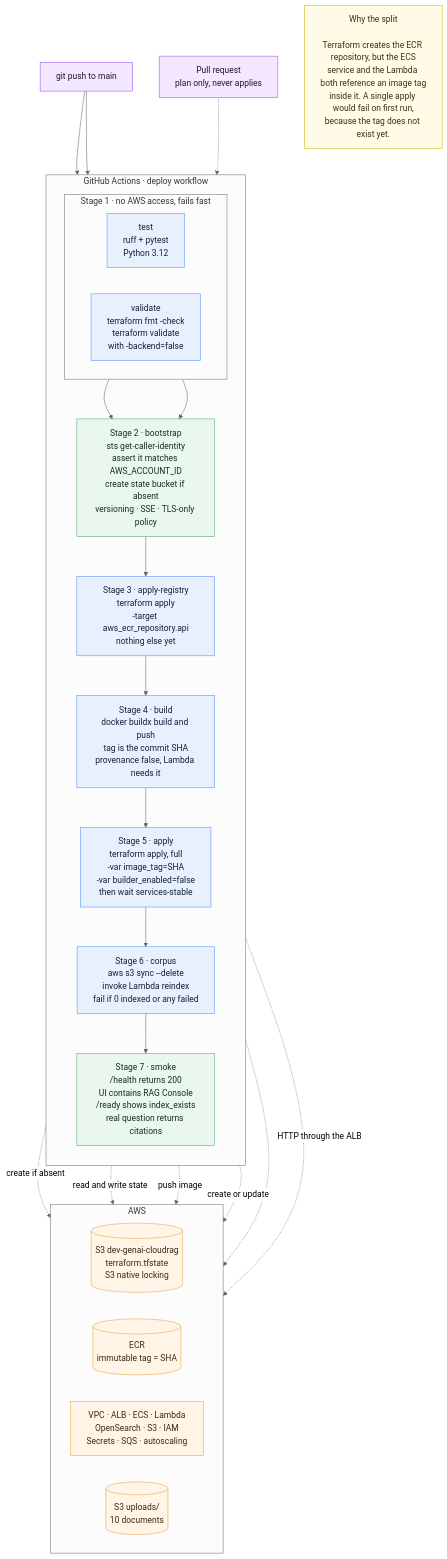
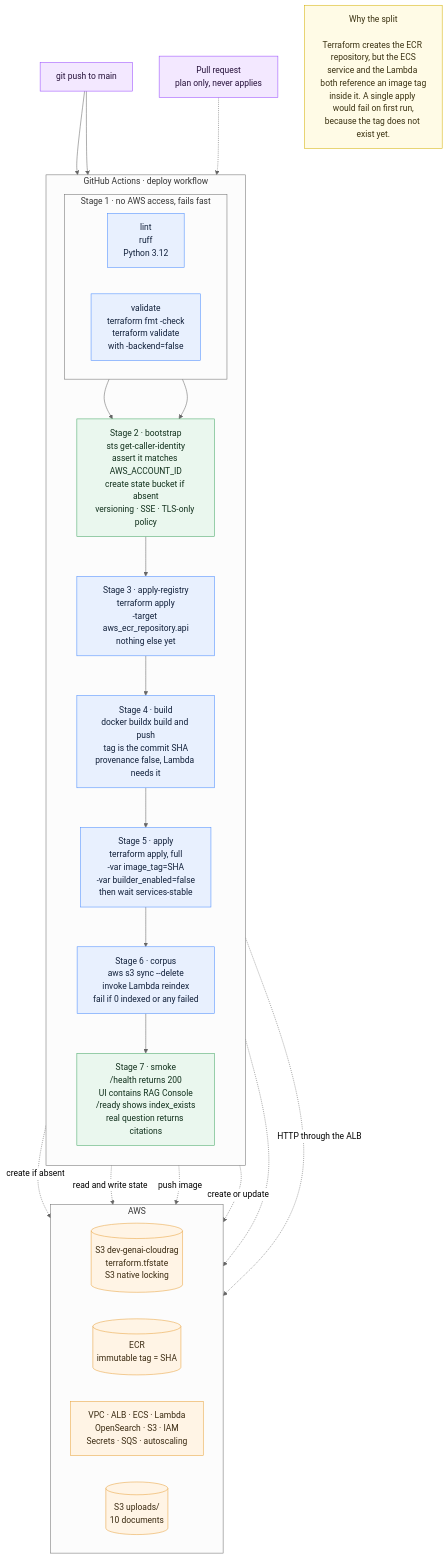
The diagram in docs/diagrams/05-deployment-pipeline.mmd (vardhan1228/rag-devops-project), drawn with Mermaid (neutral theme) before and after one commit. The commit also changed 8 other files, not shown here.

```diff
--- a/docs/diagrams/05-deployment-pipeline.mmd
+++ b/docs/diagrams/05-deployment-pipeline.mmd
@@ -1,64 +1,64 @@
 %% CI/CD pipeline. The apply is split because Terraform owns the registry,
 %% but ECS and Lambda cannot start until an image exists inside it.
 flowchart TB
   dev["git push to main"]
   prq["Pull request<br/>plan only, never applies"]
 
   subgraph gha["GitHub Actions · deploy workflow"]
     direction TB
 
     subgraph q["Stage 1 · no AWS access, fails fast"]
       direction LR
-      test["test<br/>ruff + pytest<br/>Python 3.12"]
+      test["lint<br/>ruff<br/>Python 3.12"]
       val["validate<br/>terraform fmt -check<br/>terraform validate<br/>with -backend=false"]
     end
 
     boot["Stage 2 · bootstrap<br/>sts get-caller-identity<br/>assert it matches AWS_ACCOUNT_ID<br/>create state bucket if absent<br/>versioning · SSE · TLS-only policy"]
 
     reg["Stage 3 · apply-registry<br/>terraform apply<br/>-target aws_ecr_repository.api<br/>nothing else yet"]
 
     build["Stage 4 · build<br/>docker buildx build and push<br/>tag is the commit SHA<br/>provenance false, Lambda needs it"]
 
     app["Stage 5 · apply<br/>terraform apply, full<br/>-var image_tag=SHA<br/>-var builder_enabled=false<br/>then wait services-stable"]
 
     data["Stage 6 · corpus<br/>aws s3 sync --delete<br/>invoke Lambda reindex<br/>fail if 0 indexed or any failed"]
 
     smoke["Stage 7 · smoke<br/>/health returns 200<br/>UI contains RAG Console<br/>/ready shows index_exists<br/>real question returns citations"]
 
     test --> boot
     val --> boot
     boot --> reg --> build --> app --> data --> smoke
   end
 
   subgraph awsres["AWS"]
     direction LR
     tfstate[("S3 dev-genai-cloudrag<br/>terraform.tfstate<br/>S3 native locking")]
     ecr[("ECR<br/>immutable tag = SHA")]
     stack["VPC · ALB · ECS · Lambda<br/>OpenSearch · S3 · IAM<br/>Secrets · SQS · autoscaling"]
     corpus[("S3 uploads/<br/>10 documents")]
   end
 
   dev --> test
   dev --> val
   prq -.-> boot
 
   boot -.->|"create if absent"| tfstate
   app -.->|"read and write state"| tfstate
   build -.->|"push image"| ecr
   app -.->|"create or update"| stack
   data -.-> corpus
   smoke -.->|"HTTP through the ALB"| stack
 
   gate["Why the split<br/><br/>Terraform creates the ECR repository, but the ECS<br/>service and the Lambda both reference an image tag<br/>inside it. A single apply would fail on first run,<br/>because the tag does not exist yet."]
 
   classDef job fill:#e8f0fe,stroke:#4c8dff,color:#11203a
   classDef gateclass fill:#eaf7ee,stroke:#48a868,color:#11301c
   classDef store fill:#fff4e5,stroke:#e8a33d,color:#3a2a11
   classDef trigger fill:#f3e8ff,stroke:#9a4cff,color:#26113a
   classDef note fill:#fffbe6,stroke:#d4b106,color:#3a3111
 
   class test,val,reg,build,app,data job
   class boot,smoke gateclass
   class tfstate,ecr,stack,corpus store
   class dev,prq trigger
   class gate note
```
